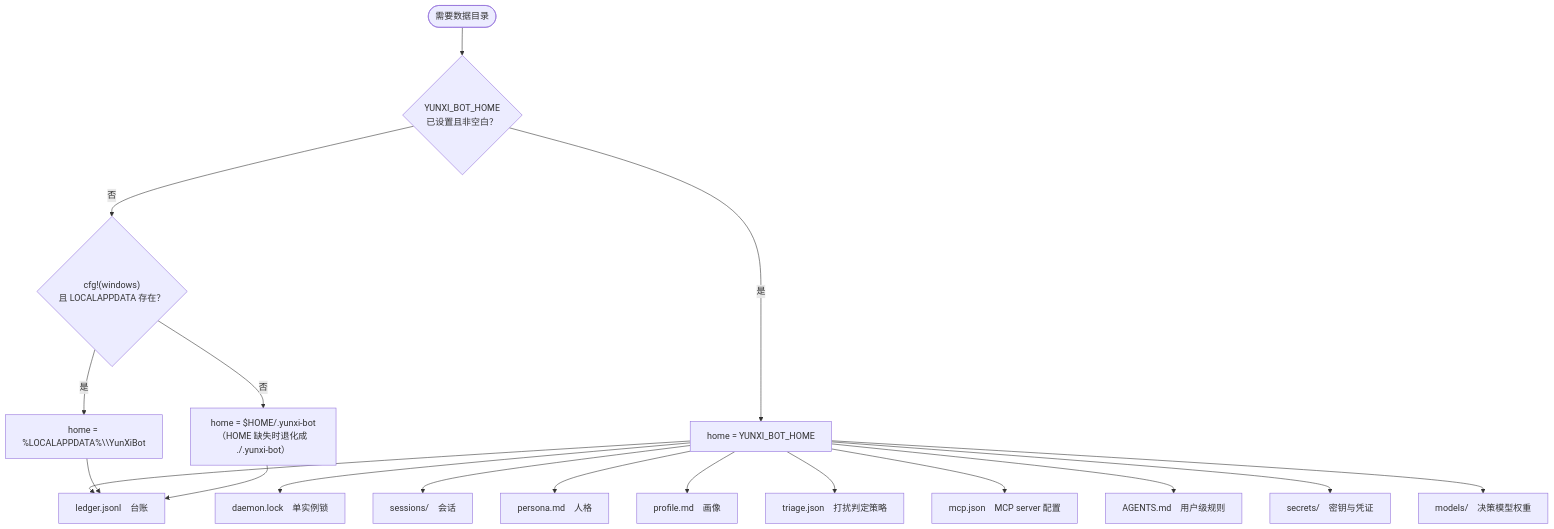
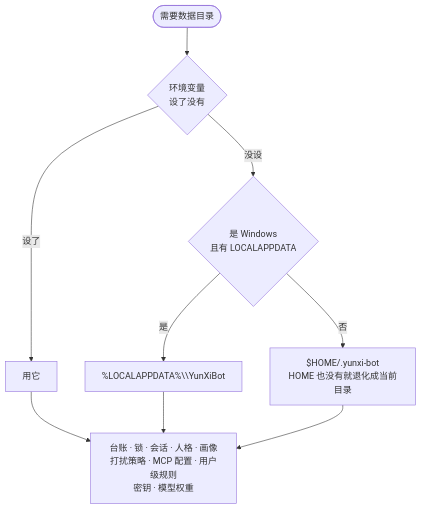
The seventh of 8 diagrams in docs/readme/01-架构与技术栈.md (sjxbbdb/YunXi-Bot), drawn with Mermaid before and after one commit. The commit also changed other lines of this file and 22 other files, not shown here.

````diff
--- a/docs/readme/01-架构与技术栈.md
+++ b/docs/readme/01-架构与技术栈.md
@@ -566,21 +561,11 @@
 ```mermaid
-flowchart TD
-    START(["需要数据目录"]) --> Q1{"YUNXI_BOT_HOME<br/>已设置且非空白？"}
-    Q1 -->|是| H["home = YUNXI_BOT_HOME"]
-    Q1 -->|否| Q2{"cfg!(windows)<br/>且 LOCALAPPDATA 存在？"}
-    Q2 -->|是| H2["home = %LOCALAPPDATA%\\YunXiBot"]
-    Q2 -->|否| H3["home = $HOME/.yunxi-bot<br/>（HOME 缺失时退化成 ./.yunxi-bot）"]
-
-    H --> F1["ledger.jsonl　台账"]
-    H --> F2["daemon.lock　单实例锁"]
-    H --> F3["sessions/　会话"]
-    H --> F4["persona.md　人格"]
-    H --> F5["profile.md　画像"]
-    H --> F6["triage.json　打扰判定策略"]
-    H --> F7["mcp.json　MCP server 配置"]
-    H --> F8["AGENTS.md　用户级规则"]
-    H --> F9["secrets/　密钥与凭证"]
-    H --> F10["models/　决策模型权重"]
-    H2 --> F1
-    H3 --> F1
+flowchart TB
+    START(["需要数据目录"]) --> Q1{"环境变量<br/>设了没有"}
+    Q1 -->|"设了"| H["用它"]
+    Q1 -->|"没设"| Q2{"是 Windows<br/>且有 LOCALAPPDATA"}
+    Q2 -->|"是"| H2["%LOCALAPPDATA%\\YunXiBot"]
+    Q2 -->|"否"| H3["$HOME/.yunxi-bot<br/>HOME 也没有就退化成当前目录"]
+    H --> FILES["台账 · 锁 · 会话 · 人格 · 画像<br/>打扰策略 · MCP 配置 · 用户级规则<br/>密钥 · 模型权重"]
+    H2 --> FILES
+    H3 --> FILES
 ```
````
